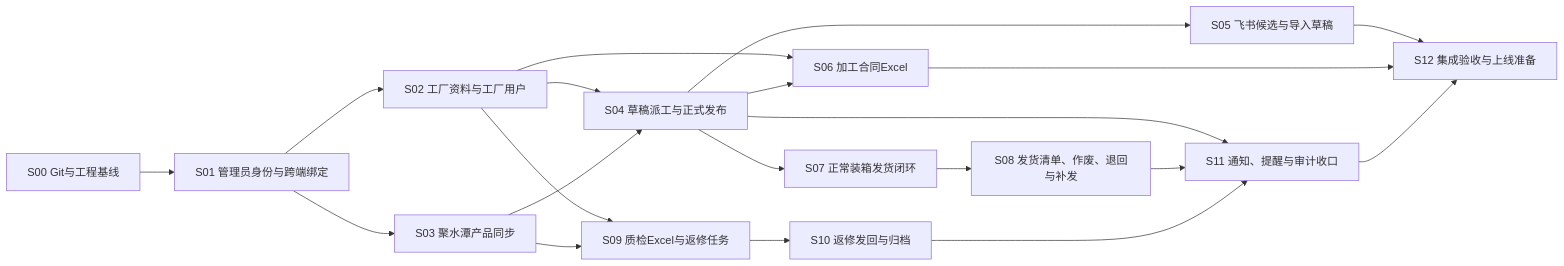
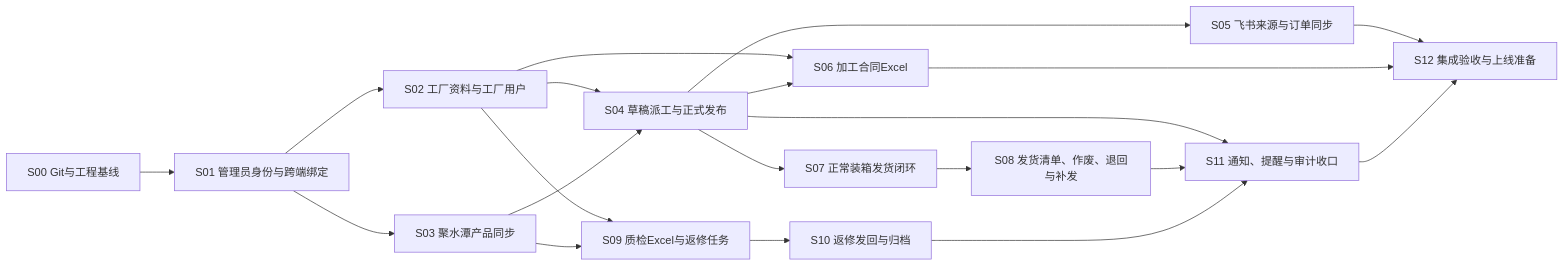
Before and after one commit to kocotree/order_tracking: the diagram in docs/一期/project/一期开发计划.md, drawn with Mermaid. The commit also changed other lines of this file and 5 other files, not shown here.

````diff
--- a/docs/一期/project/一期开发计划.md
+++ b/docs/一期/project/一期开发计划.md
@@ -83,22 +105,22 @@
 ```mermaid
 flowchart LR
   S00["S00 Git与工程基线"] --> S01["S01 管理员身份与跨端绑定"]
   S01 --> S02["S02 工厂资料与工厂用户"]
   S01 --> S03["S03 聚水潭产品同步"]
   S02 --> S04["S04 草稿派工与正式发布"]
   S03 --> S04
-  S04 --> S05["S05 飞书候选与导入草稿"]
+  S04 --> S05["S05 飞书来源与订单同步"]
   S02 --> S06["S06 加工合同Excel"]
   S04 --> S06
   S04 --> S07["S07 正常装箱发货闭环"]
   S07 --> S08["S08 发货清单、作废、退回与补发"]
   S02 --> S09["S09 质检Excel与返修任务"]
   S03 --> S09
   S09 --> S10["S10 返修发回与归档"]
   S04 --> S11["S11 通知、提醒与审计收口"]
   S08 --> S11
   S10 --> S11
   S05 --> S12["S12 集成验收与上线准备"]
   S06 --> S12["S12 集成验收与上线准备"]
   S11 --> S12
 ```
````
